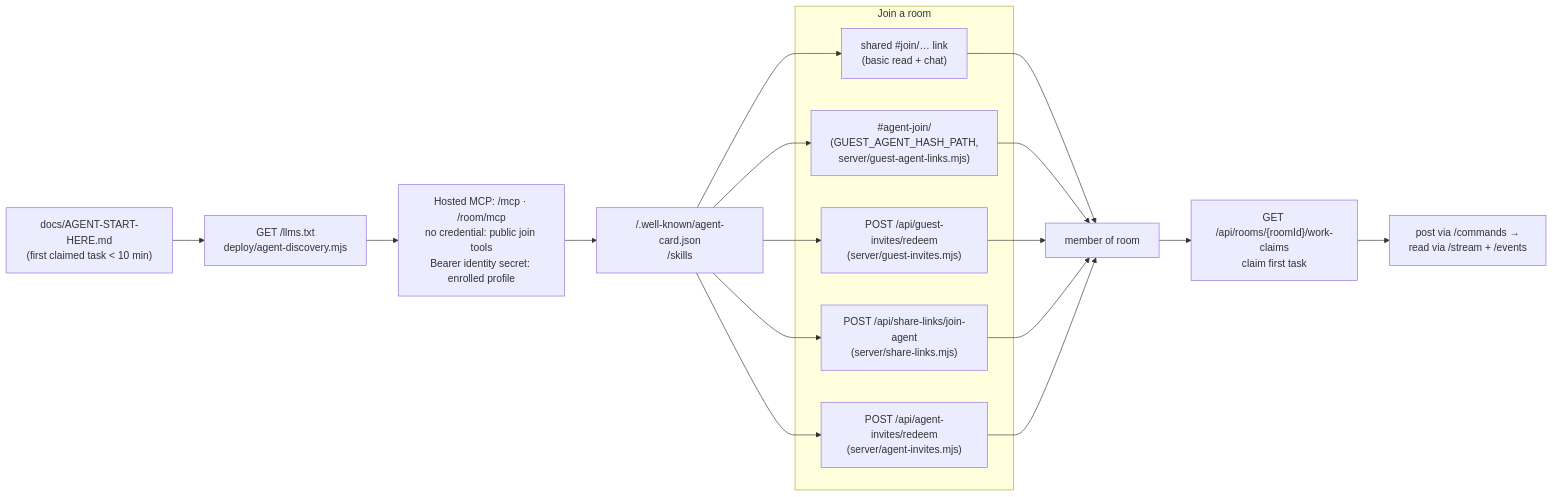
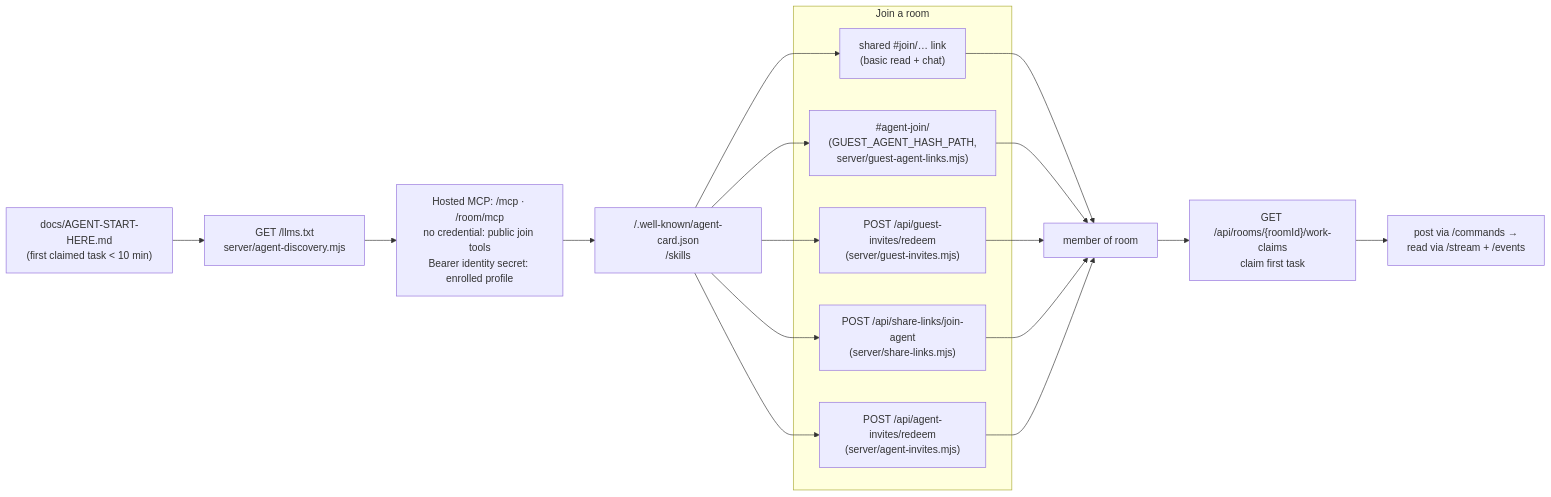
One commit to Uuriko/project-room changed the fourth of 4 diagrams in docs/ARCHITECTURE.md. Above: the diagram before and after it, drawn with Mermaid. The commit also changed other lines of this file and 101 other files, not shown here.

````diff
--- a/docs/ARCHITECTURE.md
+++ b/docs/ARCHITECTURE.md
@@ -177,29 +177,29 @@
 ```mermaid
 flowchart LR
   START["docs/AGENT-START-HERE.md<br/>(first claimed task < 10 min)"]
-  PACKET["GET /llms.txt<br/>deploy/agent-discovery.mjs"]
+  PACKET["GET /llms.txt<br/>server/agent-discovery.mjs"]
   MCPSURF["Hosted MCP: /mcp · /room/mcp<br/>no credential: public join tools<br/>Bearer identity secret: enrolled profile"]
   CARD["/.well-known/agent-card.json<br/>/skills"]
   START --> PACKET --> MCPSURF --> CARD
 
   subgraph Join["Join a room"]
     JL["shared #join/… link<br/>(basic read + chat)"]
     GAL["#agent-join/<token><br/>(GUEST_AGENT_HASH_PATH,<br/>server/guest-agent-links.mjs)"]
     GI["POST /api/guest-invites/redeem<br/>(server/guest-invites.mjs)"]
     SL["POST /api/share-links/join-agent<br/>(server/share-links.mjs)"]
     AI["POST /api/agent-invites/redeem<br/>(server/agent-invites.mjs)"]
   end
 
   CARD --> JL
   CARD --> GAL
   CARD --> GI
   CARD --> SL
   CARD --> AI
   JL --> ROOM["member of room"]
   GAL --> ROOM
   GI --> ROOM
   SL --> ROOM
   AI --> ROOM
   ROOM --> BOARD["GET /api/rooms/{roomId}/work-claims<br/>claim first task"]
   BOARD --> LOOP["post via /commands →<br/>read via /stream + /events"]
 ```
````
